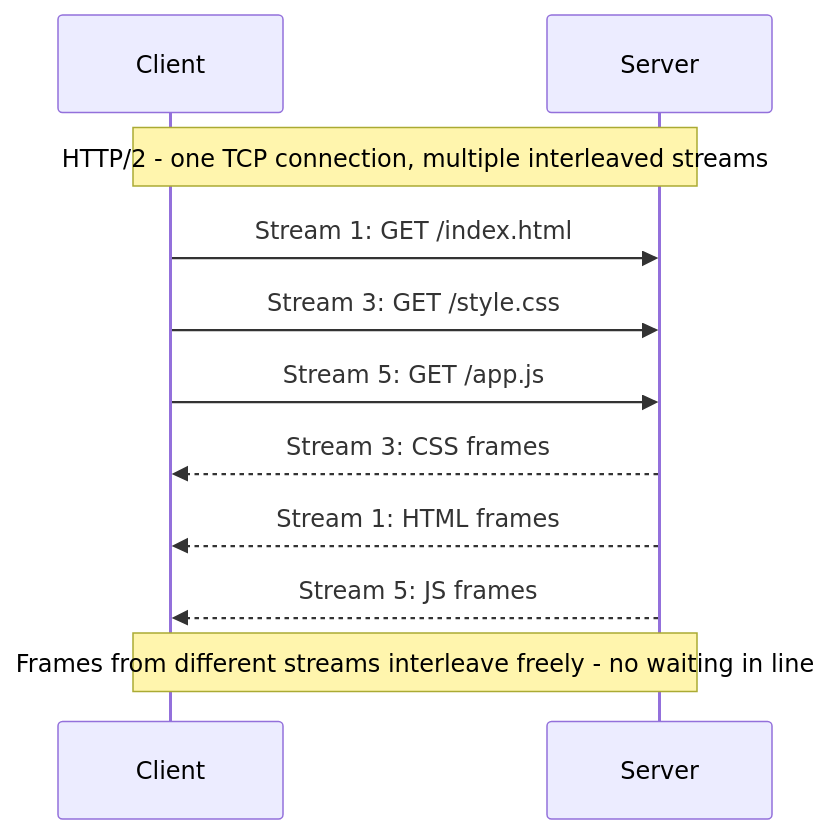
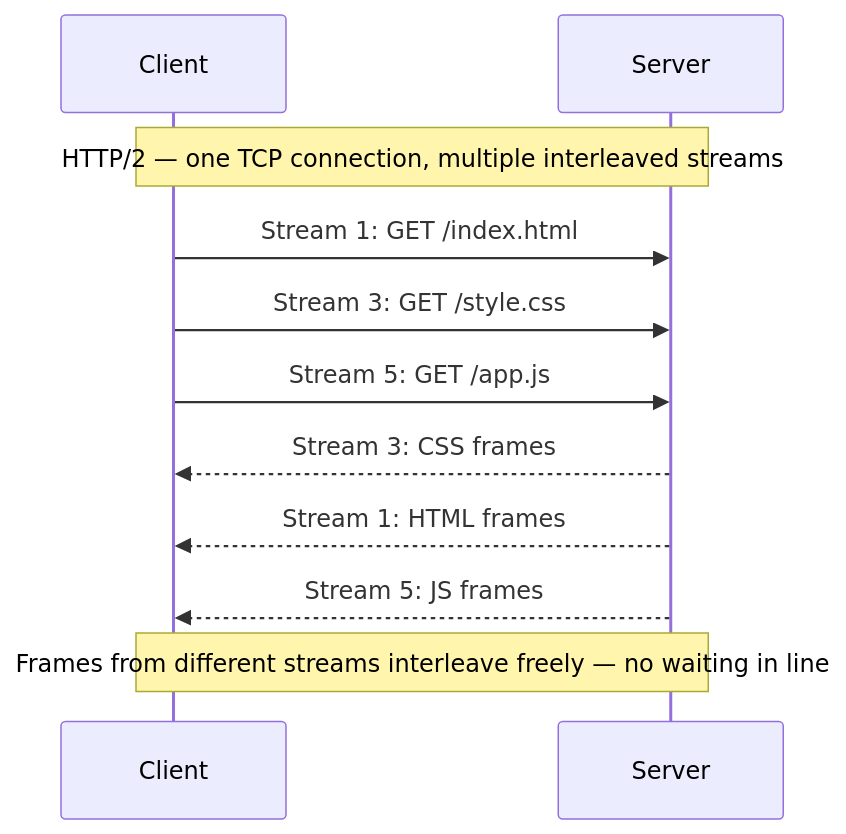
One commit to veenayaksirohi/DITISS changed the eighth of 13 diagrams in interview/http-evolution-interview-notes.md. Above: the diagram before and after it, drawn with Mermaid. The commit also changed other lines of this file and 3 other files, not shown here.

````diff
--- a/interview/http-evolution-interview-notes.md
+++ b/interview/http-evolution-interview-notes.md
@@ -266,13 +621,13 @@
 ```mermaid
 sequenceDiagram
     participant C as Client
     participant S as Server
-    Note over C,S: HTTP/2 - one TCP connection, multiple interleaved streams
+    Note over C,S: HTTP/2 — one TCP connection, multiple interleaved streams
     C->>S: Stream 1: GET /index.html
     C->>S: Stream 3: GET /style.css
     C->>S: Stream 5: GET /app.js
     S-->>C: Stream 3: CSS frames
     S-->>C: Stream 1: HTML frames
     S-->>C: Stream 5: JS frames
-    Note over C,S: Frames from different streams interleave freely - no waiting in line
+    Note over C,S: Frames from different streams interleave freely — no waiting in line
 ```
````
